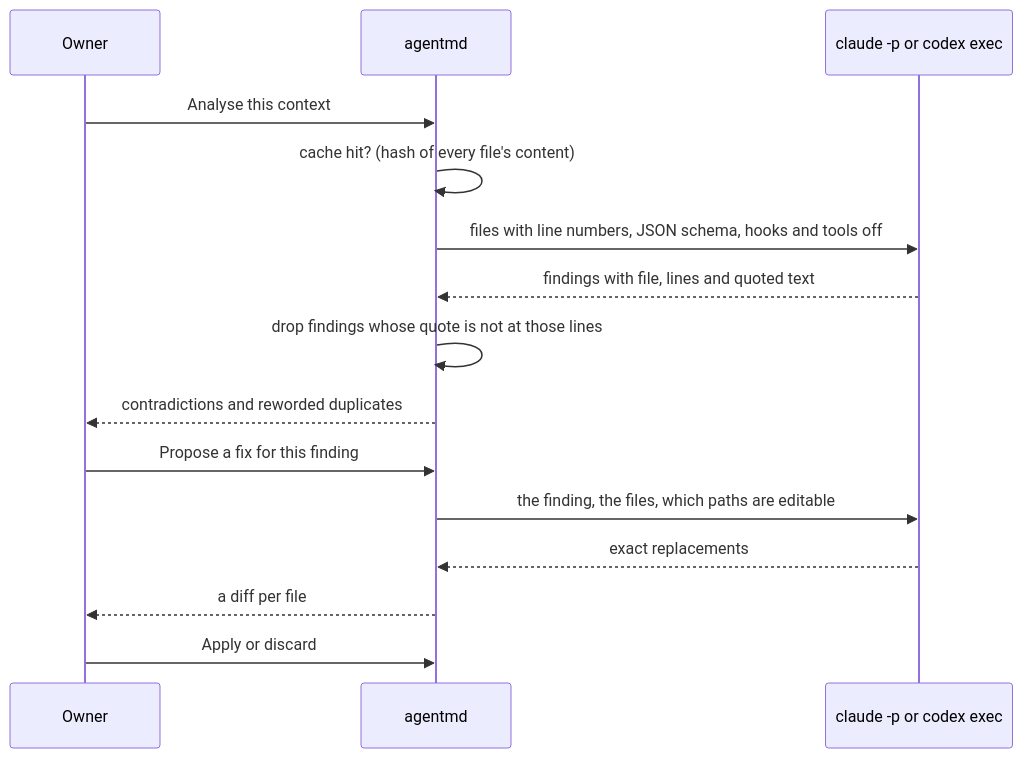
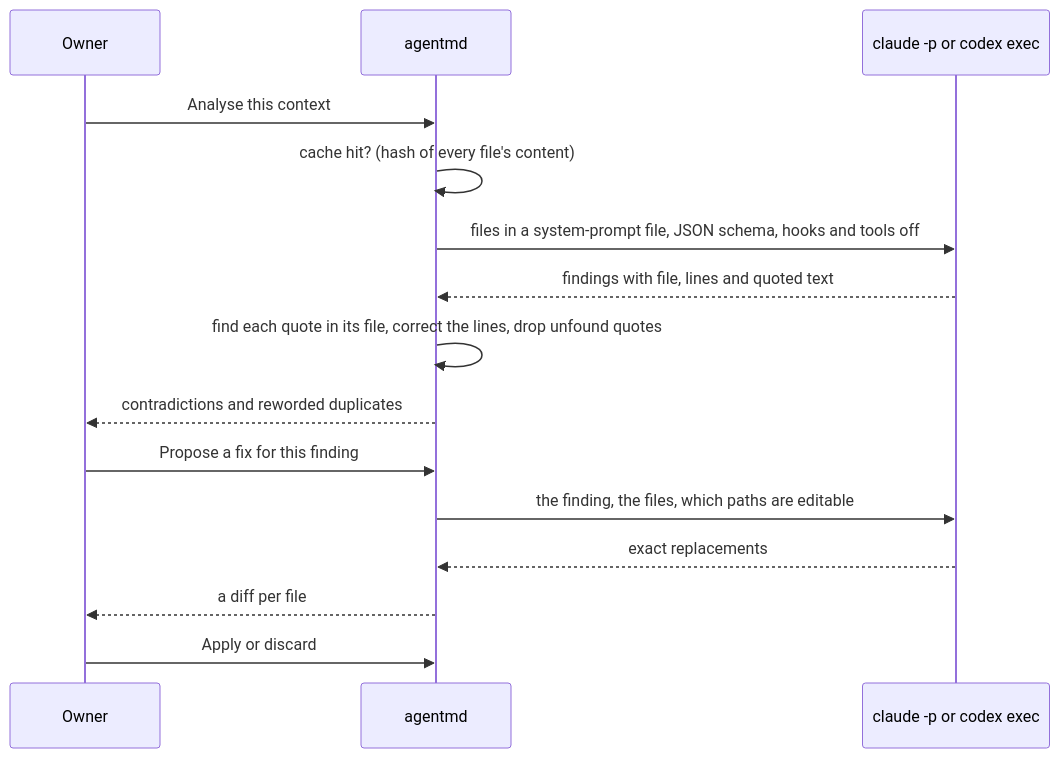
Before and after one commit to ViktorBarzin/agentmd: the third of 4 diagrams in docs/plans/2026-09-26-agentmd-v1.md, drawn with Mermaid. The commit also changed other lines of this file and 12 other files, not shown here.

````diff
--- a/docs/plans/2026-09-26-agentmd-v1.md
+++ b/docs/plans/2026-09-26-agentmd-v1.md
@@ -194,17 +244,17 @@
 ```mermaid
 sequenceDiagram
   participant U as Owner
   participant M as agentmd
   participant CLI as claude -p or codex exec
   U->>M: Analyse this context
   M->>M: cache hit? (hash of every file's content)
-  M->>CLI: files with line numbers, JSON schema, hooks and tools off
+  M->>CLI: files in a system-prompt file, JSON schema, hooks and tools off
   CLI-->>M: findings with file, lines and quoted text
-  M->>M: drop findings whose quote is not at those lines
+  M->>M: find each quote in its file, correct the lines, drop unfound quotes
   M-->>U: contradictions and reworded duplicates
   U->>M: Propose a fix for this finding
   M->>CLI: the finding, the files, which paths are editable
   CLI-->>M: exact replacements
   M-->>U: a diff per file
   U->>M: Apply or discard
 ```
````
